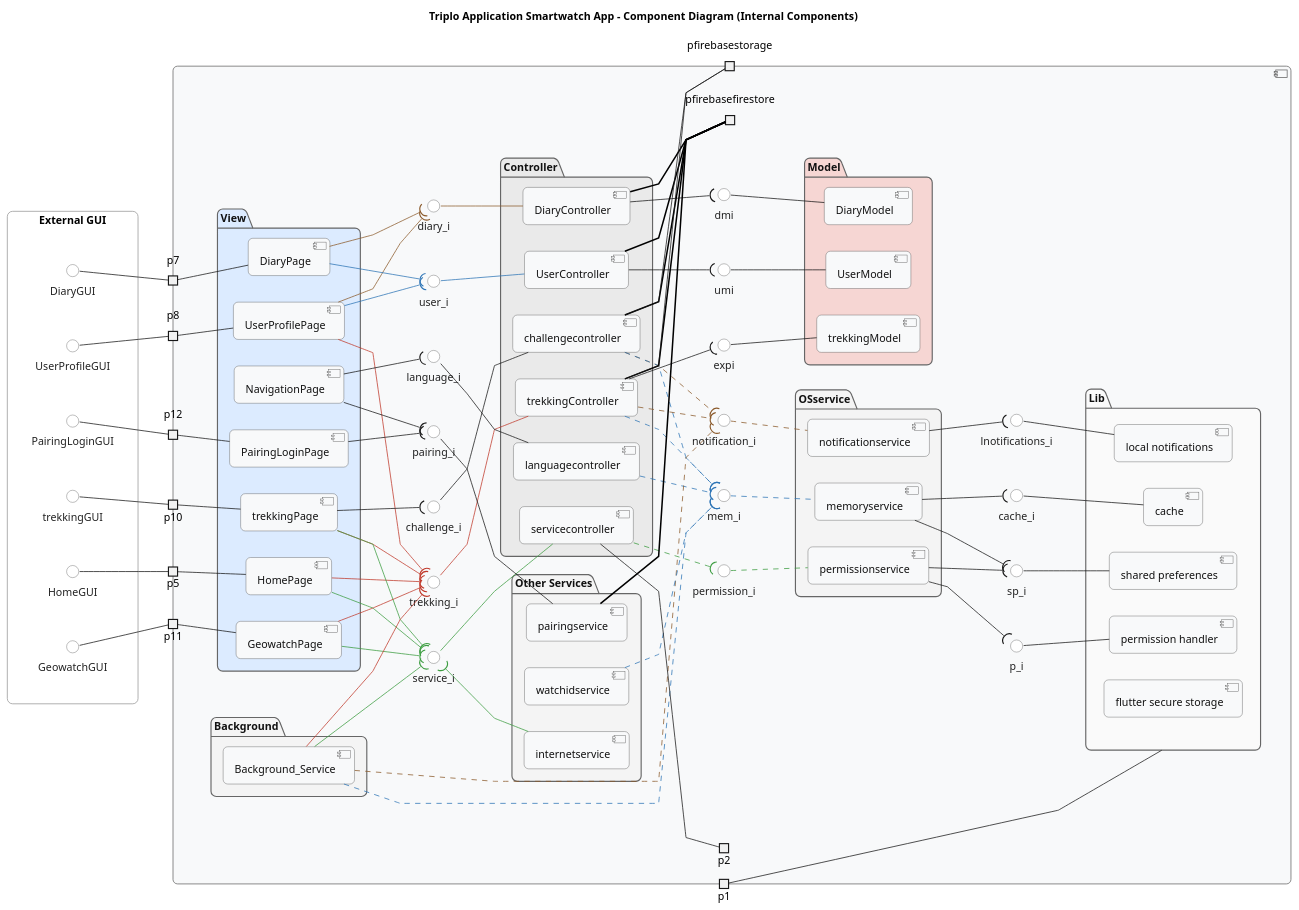
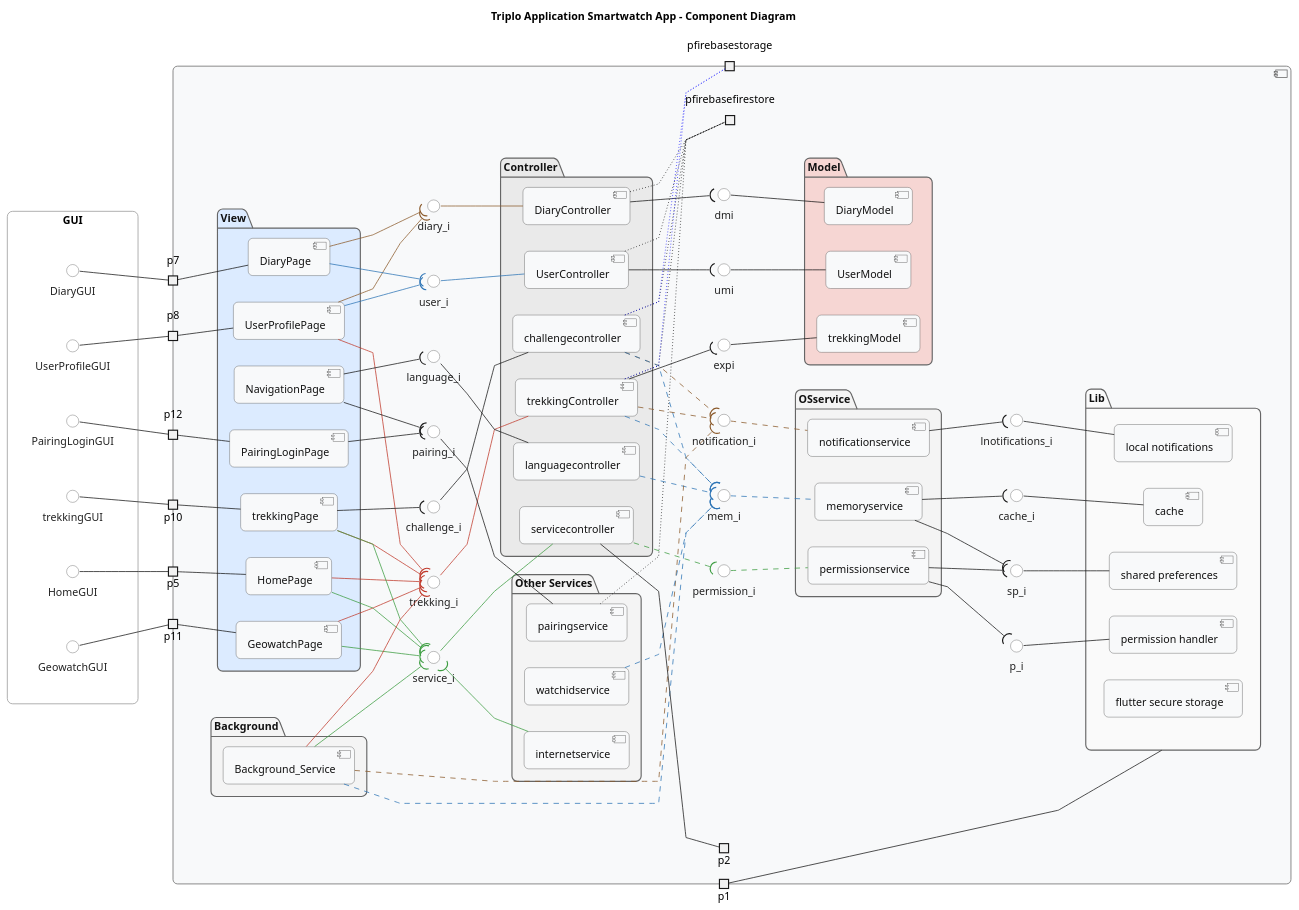
The diagram in documentation/Diagrams/smartwatch2.puml (SofiaTerracciano/Triplo), drawn with PlantUML before and after one commit. The commit also changed 18 other files, not shown here.

Commit message:
diagrams

```diff
--- a/documentation/Diagrams/smartwatch2.puml
+++ b/documentation/Diagrams/smartwatch2.puml
@@ -1,5 +1,5 @@
 @startuml
-title Triplo Application Smartwatch App - Component Diagram (Internal Components)
+title Triplo Application Smartwatch App - Component Diagram 
 
 left to right direction
 skinparam linetype polyline
@@ -40,7 +40,7 @@
   RoundCorner 14
 }
 
-rectangle "External GUI" as GUIBlock {
+rectangle "GUI" as GUIBlock {
   () HomeGUI
   () PairingLoginGUI
   () UserProfileGUI
@@ -209,16 +209,16 @@
   watchidservice -[#2E75B6,dashed]-( mem_i
 
   together {
-    challengecontroller -[#black,bold]- pfirebasefirestore
-    trekkingController -[#black,bold]- pfirebasefirestore
-    UserController -[#black,bold]- pfirebasefirestore
-    DiaryController -[#black,bold]- pfirebasefirestore
-    pairingservice -[#black,bold]- pfirebasefirestore
+    challengecontroller -[#black,dotted]- pfirebasefirestore
+    trekkingController -[#black,dotted]- pfirebasefirestore
+    UserController -[#black,dotted]- pfirebasefirestore
+    DiaryController -[#black,dotted]- pfirebasefirestore
+    pairingservice -[#black,dotted]- pfirebasefirestore
   }
 
   together {
-    trekkingController -- pfirebasestorage
-    challengecontroller -- pfirebasestorage
+    trekkingController -[#blue,dotted]- pfirebasestorage
+    challengecontroller -[#blue,dotted]- pfirebasestorage
   }
 
   Lib -- p1
```
